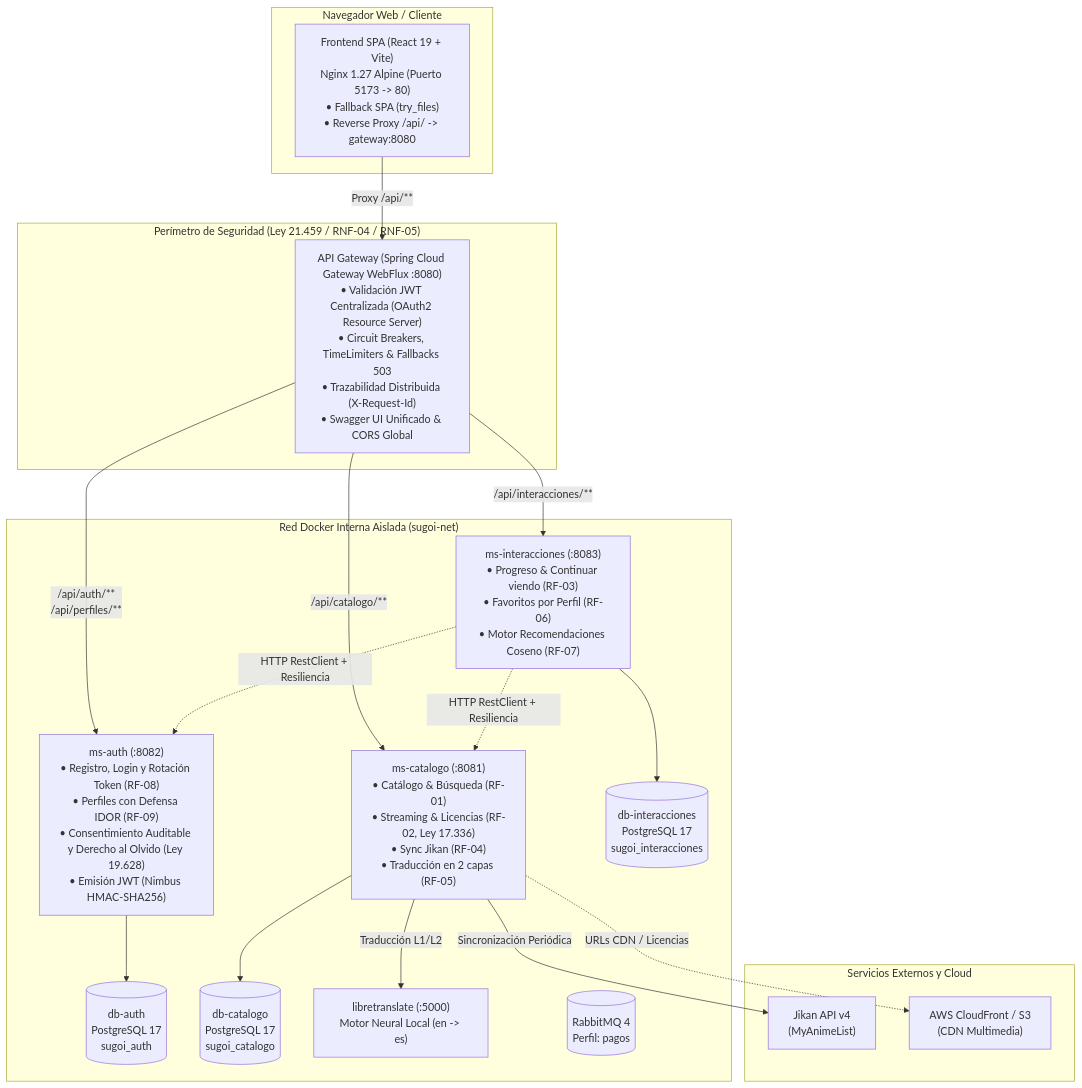
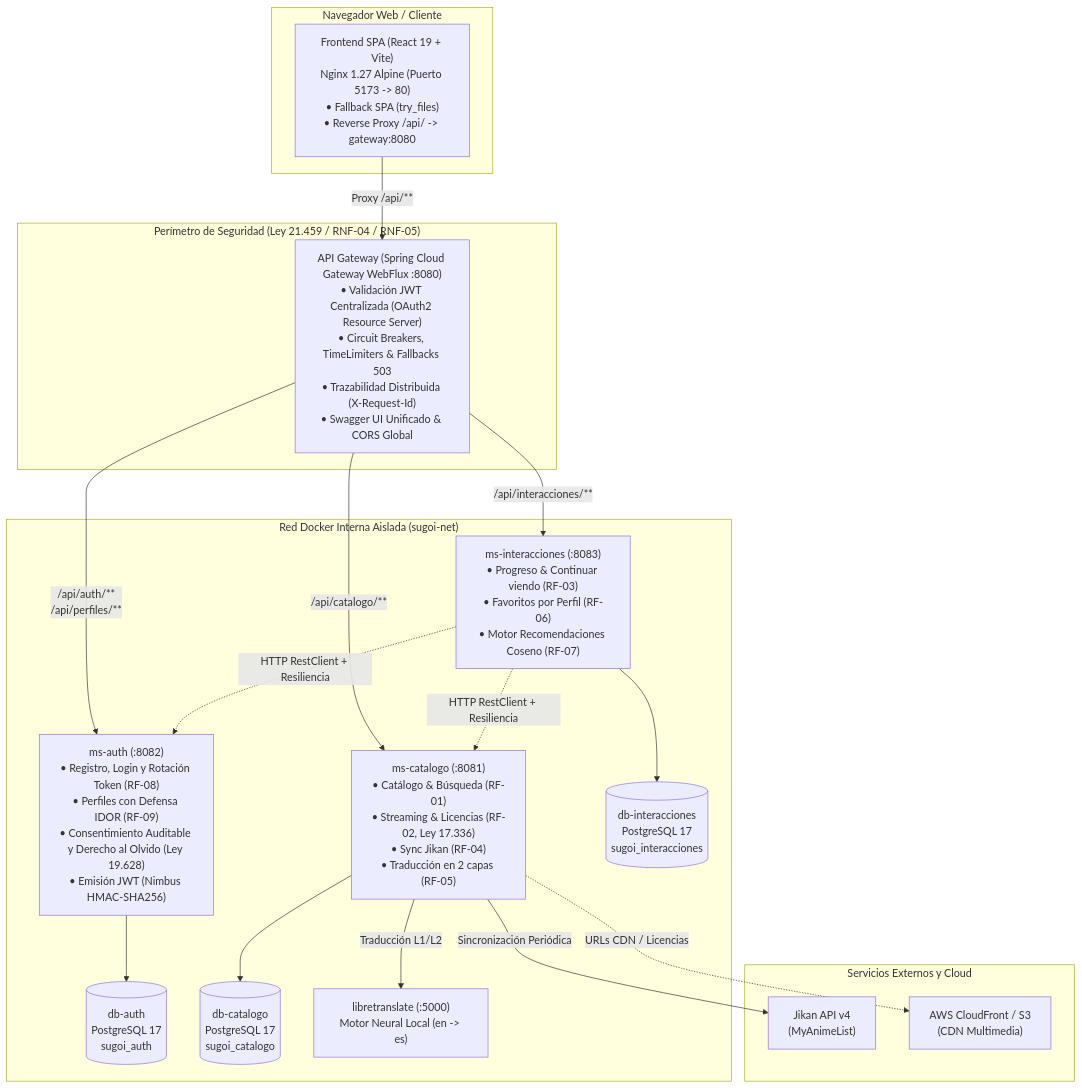
One commit to Marcoherna/sugoi-anime changed the first of 2 diagrams in README.md. Above: the diagram before and after it, drawn with Mermaid. The commit also changed other lines of this file and 2 other files, not shown here.

````diff
--- a/README.md
+++ b/README.md
@@ -49,43 +50,42 @@
 ```mermaid
 flowchart TB
     subgraph Cliente["Navegador Web / Cliente"]
         UI["Frontend SPA (React 19 + Vite)<br>Nginx 1.27 Alpine (Puerto 5173 -> 80)<br>• Fallback SPA (try_files)<br>• Reverse Proxy /api/ -> gateway:8080"]
     end
 
     subgraph Perimetro["Perímetro de Seguridad (Ley 21.459 / RNF-04 / RNF-05)"]
         GW["API Gateway (Spring Cloud Gateway WebFlux :8080)<br>• Validación JWT Centralizada (OAuth2 Resource Server)<br>• Circuit Breakers, TimeLimiters & Fallbacks 503<br>• Trazabilidad Distribuida (X-Request-Id)<br>• Swagger UI Unificado & CORS Global"]
     end
 
     subgraph RedInterna["Red Docker Interna Aislada (sugoi-net)"]
         MS_AUTH["ms-auth (:8082)<br>• Registro, Login y Rotación Token (RF-08)<br>• Perfiles con Defensa IDOR (RF-09)<br>• Consentimiento Auditable y Derecho al Olvido (Ley 19.628)<br>• Emisión JWT (Nimbus HMAC-SHA256)"]
         MS_CAT["ms-catalogo (:8081)<br>• Catálogo & Búsqueda (RF-01)<br>• Streaming & Licencias (RF-02, Ley 17.336)<br>• Sync Jikan (RF-04)<br>• Traducción en 2 capas (RF-05)"]
         MS_INT["ms-interacciones (:8083)<br>• Progreso & Continuar viendo (RF-03)<br>• Favoritos por Perfil (RF-06)<br>• Motor Recomendaciones Coseno (RF-07)"]
 
         DB_AUTH[("db-auth<br>PostgreSQL 17<br>sugoi_auth")]
         DB_CAT[("db-catalogo<br>PostgreSQL 17<br>sugoi_catalogo")]
         DB_INT[("db-interacciones<br>PostgreSQL 17<br>sugoi_interacciones")]
         TRANS["libretranslate (:5000)<br>Motor Neural Local (en -> es)"]
-        RABBIT[("RabbitMQ 4<br>Perfil: pagos")]
     end
 
     subgraph Externos["Servicios Externos y Cloud"]
         JIKAN["Jikan API v4<br>(MyAnimeList)"]
         CLOUDFRONT["AWS CloudFront / S3<br>(CDN Multimedia)"]
     end
 
     UI -->|Proxy /api/**| GW
     GW -->|/api/auth/**<br>/api/perfiles/**| MS_AUTH
     GW -->|/api/catalogo/**| MS_CAT
     GW -->|/api/interacciones/**| MS_INT
 
     MS_AUTH --> DB_AUTH
     MS_CAT --> DB_CAT
     MS_INT --> DB_INT
 
     MS_INT -.->|HTTP RestClient + Resiliencia| MS_CAT
     MS_INT -.->|HTTP RestClient + Resiliencia| MS_AUTH
 
     MS_CAT -->|Sincronización Periódica| JIKAN
     MS_CAT -->|Traducción L1/L2| TRANS
     MS_CAT -.->|URLs CDN / Licencias| CLOUDFRONT
 ```
````
